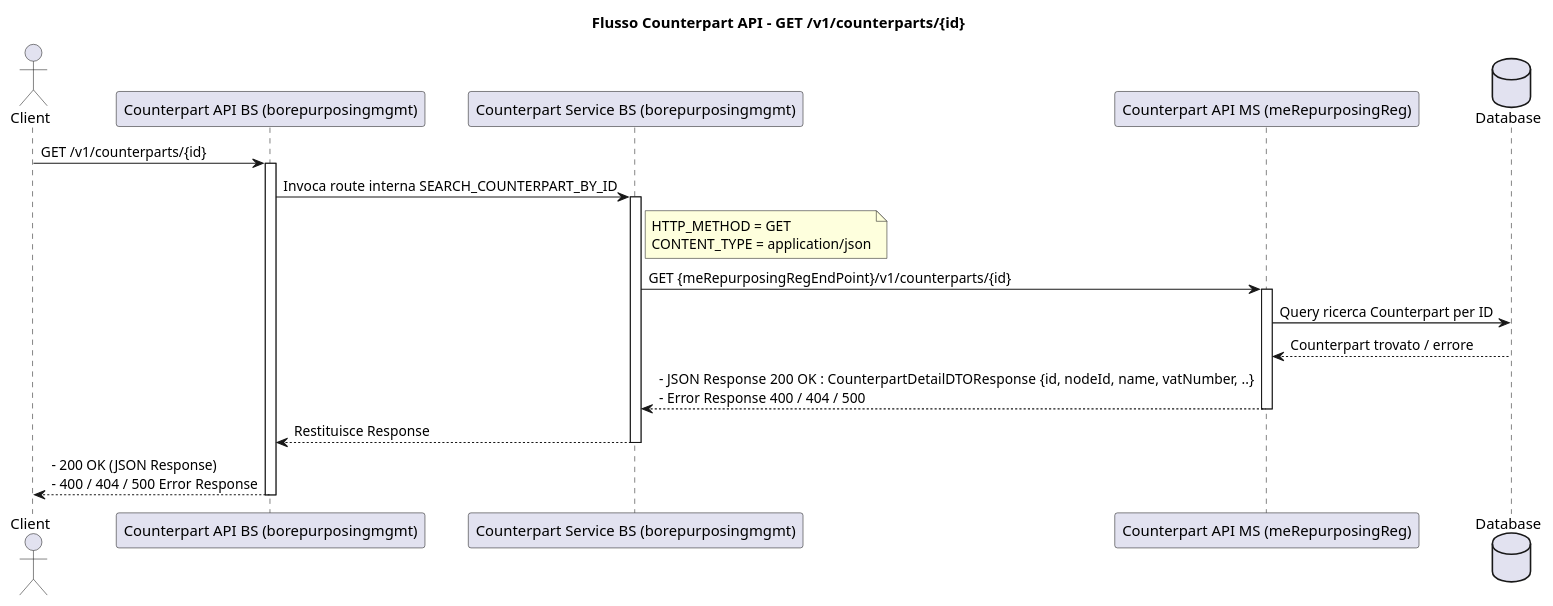
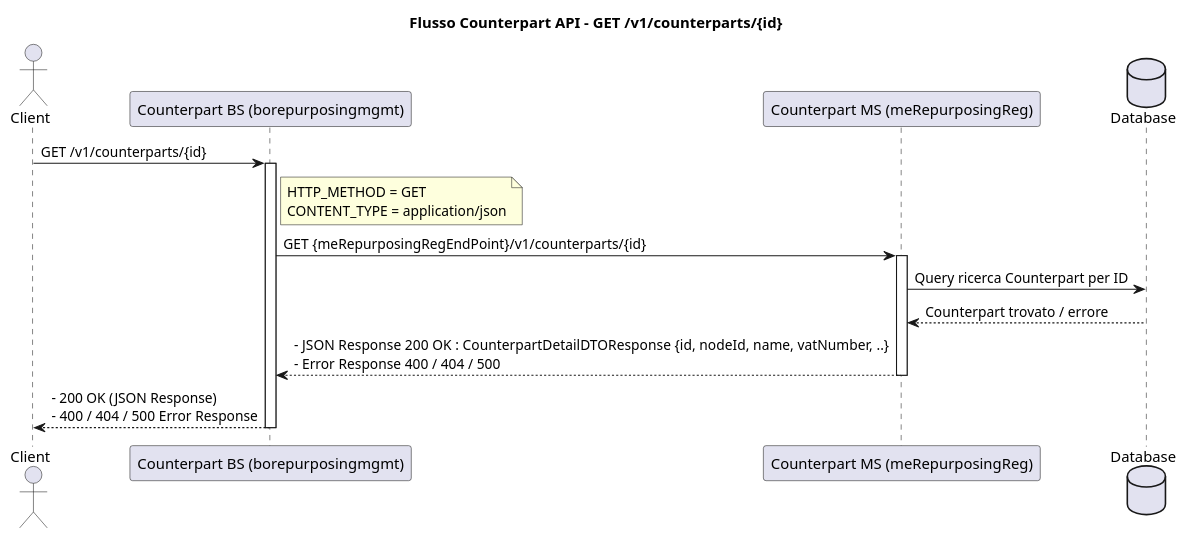
One commit to Tonio-D-San/MdToOther changed the diagram in Documentazione/Counterpart/snippets/get_v1_counterparts_id.puml. Above: the diagram before and after it, drawn with PlantUML. The commit also changed 10 other files, not shown here.

Commit message:
refactor: update documentation for Counterpart and Plant APIs to reflect microservice architecture changes

```diff
--- a/Documentazione/Counterpart/snippets/get_v1_counterparts_id.puml
+++ b/Documentazione/Counterpart/snippets/get_v1_counterparts_id.puml
@@ -1,35 +1,28 @@
 @startuml
 title Flusso Counterpart API - GET /v1/counterparts/{id}
 
 actor Client as C
-participant "Counterpart API BS (borepurposingmgmt)" as API_BS
-participant "Counterpart Service BS (borepurposingmgmt)" as Service_BS
-participant "Counterpart API MS (meRepurposingReg)" as API_MS
+participant "Counterpart BS (borepurposingmgmt)" as BS
+participant "Counterpart MS (meRepurposingReg)" as MS
 database "Database" as DB
 
-C -> API_BS : GET /v1/counterparts/{id}
-activate API_BS
+C -> BS : GET /v1/counterparts/{id}
+activate BS
 
-API_BS -> Service_BS : Invoca route interna SEARCH_COUNTERPART_BY_ID
-activate Service_BS
-
-note right of Service_BS
+note right of BS
 HTTP_METHOD = GET
 CONTENT_TYPE = application/json
 end note 
 
-Service_BS -> API_MS : GET {meRepurposingRegEndPoint}/v1/counterparts/{id}
-activate API_MS
+BS -> MS : GET {meRepurposingRegEndPoint}/v1/counterparts/{id}
+activate MS
 
-API_MS -> DB : Query ricerca Counterpart per ID
-DB --> API_MS : Counterpart trovato / errore
-API_MS --> Service_BS : - JSON Response 200 OK : CounterpartDetailDTOResponse {id, nodeId, name, vatNumber, ..}\n- Error Response 400 / 404 / 500
-deactivate API_MS
+MS -> DB : Query ricerca Counterpart per ID
+DB --> MS : Counterpart trovato / errore
+MS --> BS : - JSON Response 200 OK : CounterpartDetailDTOResponse {id, nodeId, name, vatNumber, ..}\n- Error Response 400 / 404 / 500
+deactivate MS
 
-Service_BS --> API_BS : Restituisce Response
-deactivate Service_BS
-
-API_BS --> C : - 200 OK (JSON Response)\n- 400 / 404 / 500 Error Response
-deactivate API_BS
+BS --> C : - 200 OK (JSON Response)\n- 400 / 404 / 500 Error Response
+deactivate BS
 
 @enduml
```
